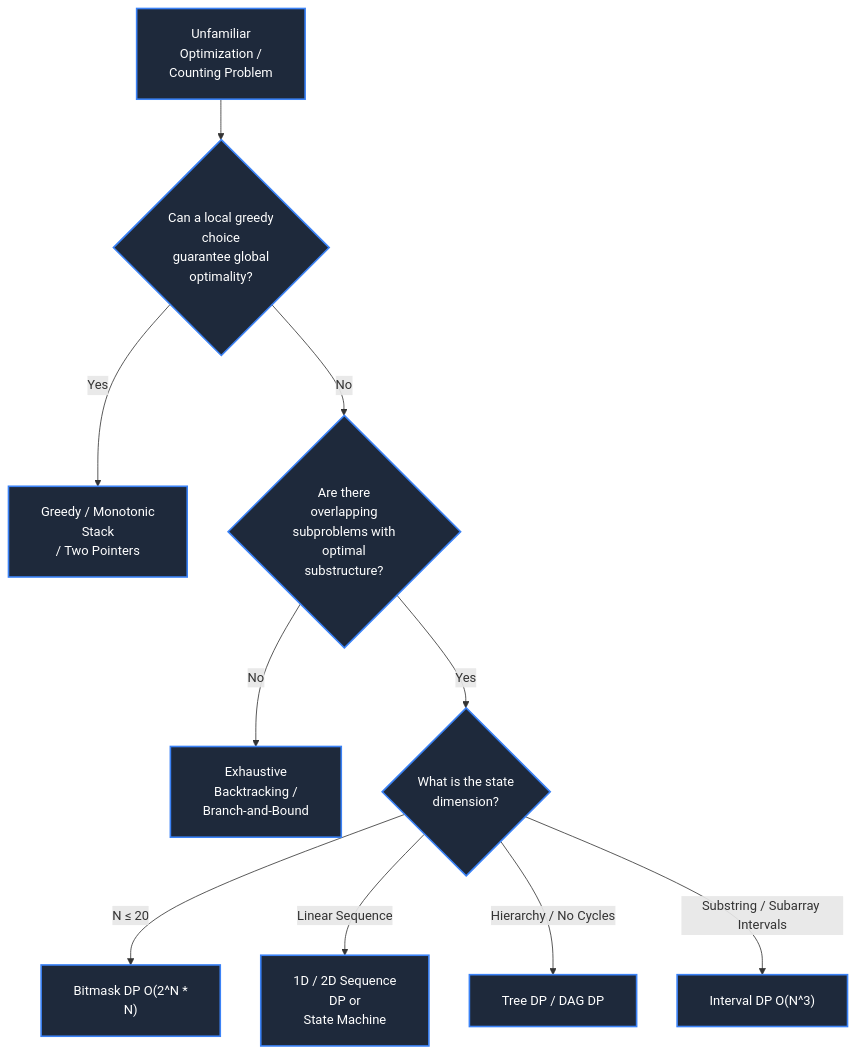
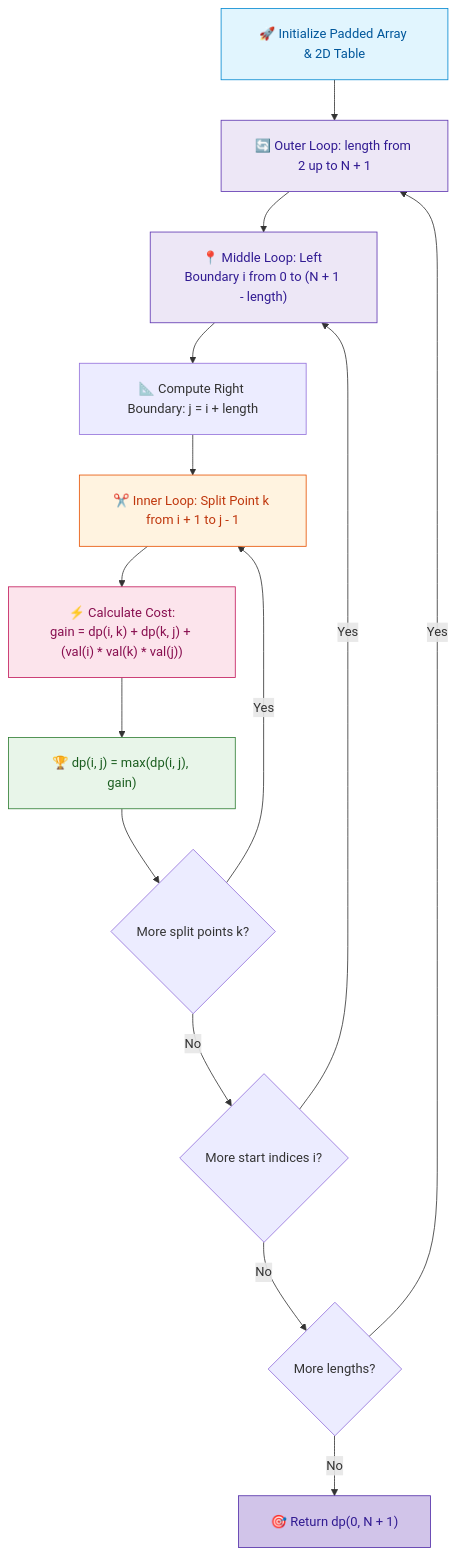
One commit to dip4k/DSA_102 changed the diagram in week_11_dp_ii_advanced/Week_11_Day_05_Mixed_DP_Problems_Instructional.md. Above: the diagram before and after it, drawn with Mermaid. The commit also changed other lines of this file and 147 other files, not shown here.

First line of the commit message:
feat(curriculum): enrich Weeks 01-19 instructional modules & resolve repository-wide Mermaid cutoff

````diff
--- a/week_11_dp_ii_advanced/Week_11_Day_05_Mixed_DP_Problems_Instructional.md
+++ b/week_11_dp_ii_advanced/Week_11_Day_05_Mixed_DP_Problems_Instructional.md
@@ -82,16 +389,32 @@
 ```mermaid
 %%{init: {"flowchart": {"htmlLabels": true, "padding": 20}, "themeCSS": "foreignObject { overflow: visible !important; }"}}%%
 flowchart TD
-    Start["Unfamiliar<br/>Optimization /<br/>Counting Problem"] --> Q1{"Can a local greedy<br/>choice<br/>guarantee global<br/>optimality?"}
-    Q1 -->|"Yes"| Greedy["Greedy / Monotonic<br/>Stack<br/>/ Two Pointers"]
-    Q1 -->|"No"| Q2{"Are there<br/>overlapping<br/>subproblems with<br/>optimal<br/>substructure?"}
-    Q2 -->|"No"| Backtrack["Exhaustive<br/>Backtracking /<br/>Branch-and-Bound"]
-    Q2 -->|"Yes"| Q3{"What is the state<br/>dimension?"}
-    Q3 -->|"N &le; 20"| Bitmask["Bitmask DP O(2^N *<br/>N)"]
-    Q3 -->|"Linear Sequence"| Seq["1D / 2D Sequence<br/>DP or<br/>State Machine"]
-    Q3 -->|"Hierarchy / No Cycles"| TreeDAG["Tree DP / DAG DP"]
-    Q3 -->|"Substring / Subarray Intervals"| Interval["Interval DP O(N^3)"]
+    Start["🚀 Initialize Padded Array & 2D Table"] --> LoopLen["🔄 Outer Loop: length from 2 up to N + 1"]
+    
+    LoopLen --> LoopI["📍 Middle Loop: Left Boundary i from 0 to (N + 1 - length)"]
+    LoopI --> SetJ["📐 Compute Right Boundary: j = i + length"]
+    
+    SetJ --> LoopK["✂️ Inner Loop: Split Point k from i + 1 to j - 1"]
+    
+    LoopK --> EvalGain["⚡ Calculate Cost:<br/>gain = dp(i, k) + dp(k, j) + (val(i) * val(k) * val(j))"]
+    
+    EvalGain --> Update["🏆 dp(i, j) = max(dp(i, j), gain)"]
+    
+    Update --> CheckK{"More split points k?"}
+    CheckK -->|"Yes"| LoopK
+    CheckK -->|"No"| CheckI{"More start indices i?"}
+    
+    CheckI -->|"Yes"| LoopI
+    CheckI -->|"No"| CheckLen{"More lengths?"}
+    
+    CheckLen -->|"Yes"| LoopLen
+    CheckLen -->|"No"| Finish["🎯 Return dp(0, N + 1)"]
 
-    classDef default fill:#1e293b,stroke:#3b82f6,stroke-width:2px,color:#ffffff
-    classDef highlight fill:#0d47a1,stroke:#82b1ff,stroke-width:2px,color:#ffffff
+    style Start fill:#e1f5fe,stroke:#0288d1,color:#01579b
+    style LoopLen fill:#ede7f6,stroke:#5e35b1,color:#311b92
+    style LoopI fill:#ede7f6,stroke:#5e35b1,color:#311b92
+    style LoopK fill:#fff3e0,stroke:#e65100,color:#bf360c
+    style EvalGain fill:#fce4ec,stroke:#c2185b,color:#880e4f
+    style Update fill:#e8f5e9,stroke:#2e7d32,color:#1b5e20
+    style Finish fill:#d1c4e9,stroke:#512da8,color:#311b92
 ```
````
